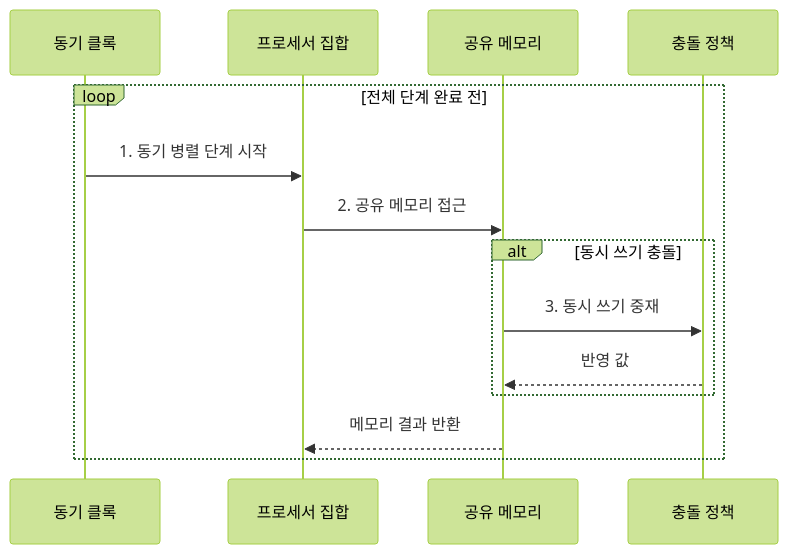
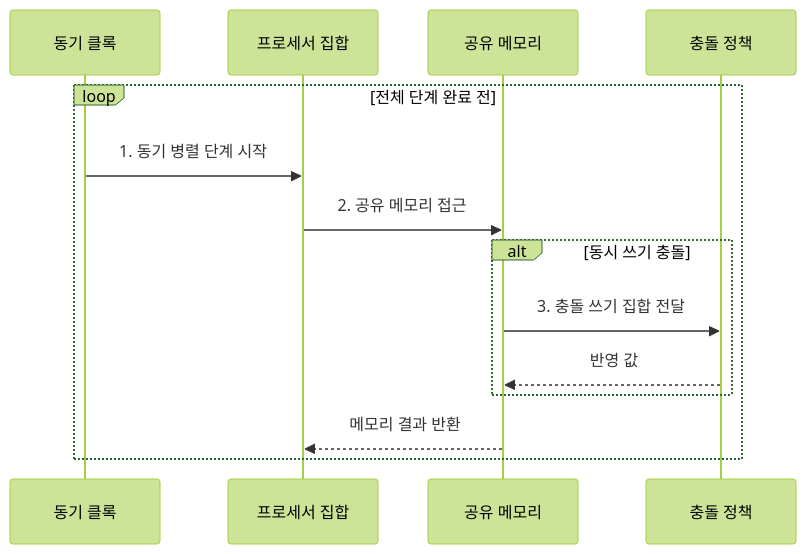
Before and after one commit to agnusdei1207/knowledge-base: the second of 2 diagrams in src/content/docs/notes/01-basic-theory/061_parallel_algo_pram.md, drawn with Mermaid (forest theme). The commit also changed other lines of this file and 5 other files, not shown here.

````diff
--- a/src/content/docs/notes/01-basic-theory/061_parallel_algo_pram.md
+++ b/src/content/docs/notes/01-basic-theory/061_parallel_algo_pram.md
@@ -89,16 +92,16 @@
 ```mermaid
 sequenceDiagram
     participant C as 동기 클록
     participant P as 프로세서 집합
     participant M as 공유 메모리
     participant R as 충돌 정책
     loop 전체 단계 완료 전
         C->>P: 1. 동기 병렬 단계 시작
         P->>M: 2. 공유 메모리 접근
         alt 동시 쓰기 충돌
-            M->>R: 3. 동시 쓰기 중재
+            M->>R: 3. 충돌 쓰기 집합 전달
             R-->>M: 반영 값
         end
         M-->>P: 메모리 결과 반환
     end
 ```
````
